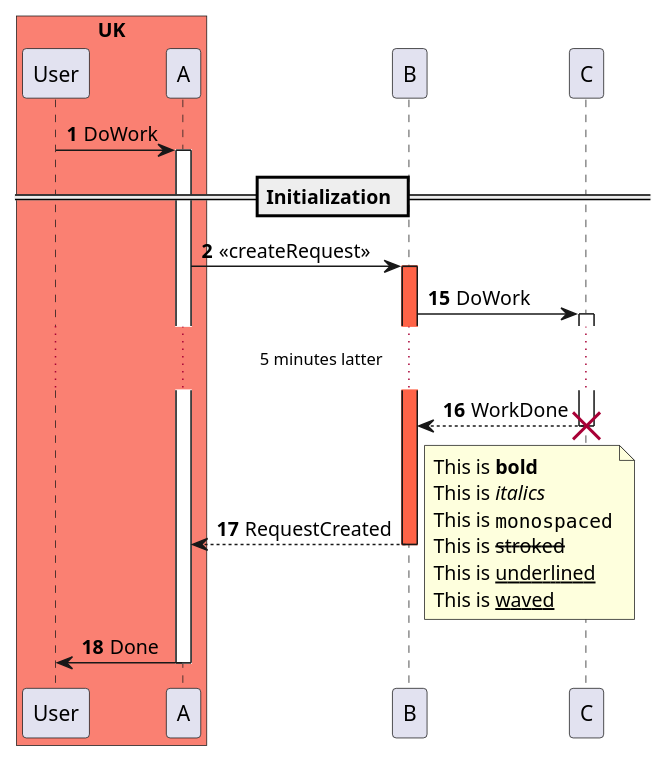
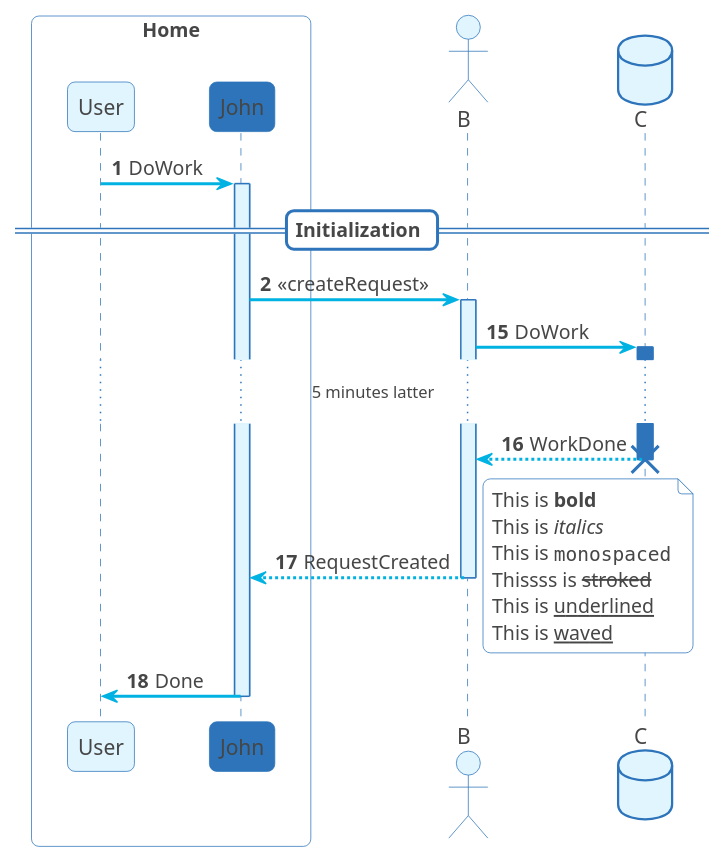
The diagram in example/example1.puml (marcelofpfelix/plantuml-diagrams), drawn with PlantUML before and after one commit.

Commit message:
Update example1.puml
updating colour scheme

```diff
--- a/example/example1.puml
+++ b/example/example1.puml
@@ -1,32 +1,66 @@
 @startuml
+skinparam ParticipantPadding 20
+skinparam BoxPadding 10
+skinparam sequenceArrowThickness 2
+skinparam roundcorner 10
+skinparam maxmessagesize 200
+skinparam shadowing false
+skinparam DefaultFontColor #454645
+skinparam NoteBorderColor #2D74BA
+skinparam NoteBackgroundColor #FFFFFF
+skinparam DatabaseBorderColor #2D74BA
+skinparam DatabaseBackgroundColor #E1F5FE
+
+skinparam sequence {
+ArrowColor #00b2e2
+ArrowThickness 2
+
+DividerBorderColor #2D74BA
+DividerBackgroundColor #FFFFFF
+
+ActorBorderColor #2D74BA
+ActorBackgroundColor #E1F5FE
+
+LifeLineBorderColor #2D74BA
+LifeLineBackgroundColor #E1F5FE
+
+ParticipantBorderColor #2D74BA
+ParticipantBackgroundColor #E1F5FE
+
+BoxBorderColor #2D74BA
+BoxBackgroundColor #FFFFFF
+}
+
 autonumber
-box "UK" #salmon
-  participant User
-  participant A
+box "Home" 
+  participant User 
+  participant John as A #2D74BA
 end box
+actor B
+database C
 
-User -> A: DoWork
+User -> A: DoWork 
 activate A
 == Initialization ==
 
 A -> B: << createRequest >>
-activate B #tomato
+activate B
 autonumber 15
 B -> C: DoWork
-activate C 
+activate C  #2D74BA
 ...5 minutes latter...
 C --> B: WorkDone
 destroy C
 B --> A: RequestCreated
 deactivate B
-note right
+note right 
   This is **bold**
   This is //italics//
   This is ""monospaced""
-  This is --stroked--
+  Thissss is --stroked--
   This is __underlined__
-  This is ~~waved~~
+  This is ~~waved~~ 
 end note
 A -> User: Done
 deactivate A
 @enduml
```
